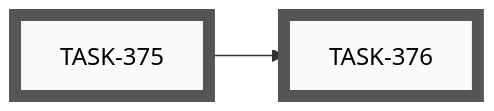
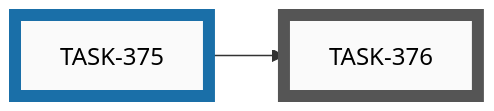
The eighth of 11 diagrams in docs/developers/tasks/EPICS.md (tgd1975/AwesomeGuitarPedal), drawn with Mermaid before and after one commit. The commit also changed other lines of this file and 15 other files, not shown here.

First line of the commit message:
feat(config): add debounceMs to hardware config — schema, example, Dart model, JSON parser

````diff
--- a/docs/developers/tasks/EPICS.md
+++ b/docs/developers/tasks/EPICS.md
@@ -277,16 +277,16 @@
 ```mermaid
 graph LR
-    TASK_375["TASK-375"]:::open
     TASK_376["TASK-376"]:::open
+    TASK_375["TASK-375"]:::active
     TASK_375 --> TASK_376
-    click TASK_375 "open/task-375-add-debouncems-to-hardware-config-schema-and-model.md"
     click TASK_376 "open/task-376-esp32-button-reads-debouncems-from-hardware-config.md"
+    click TASK_375 "active/task-375-add-debouncems-to-hardware-config-schema-and-model.md"
     classDef open    fill:#FAFAFA,stroke:#555,stroke-width:8px,color:#000
     classDef active  fill:#FAFAFA,stroke:#1A6FA8,stroke-width:8px,color:#000
     classDef closed  fill:#FAFAFA,stroke:#3F8B53,stroke-width:8px,color:#000
     classDef paused  fill:#FAFAFA,stroke:#B07810,stroke-width:8px,color:#000
     classDef openExt    fill:#000,stroke:#888,stroke-width:8px,color:#FFF
     classDef activeExt  fill:#000,stroke:#3FA9F5,stroke-width:8px,color:#FFF
     classDef closedExt  fill:#000,stroke:#7CC68A,stroke-width:8px,color:#FFF
     classDef pausedExt  fill:#000,stroke:#F0B030,stroke-width:8px,color:#FFF
 ```
````
